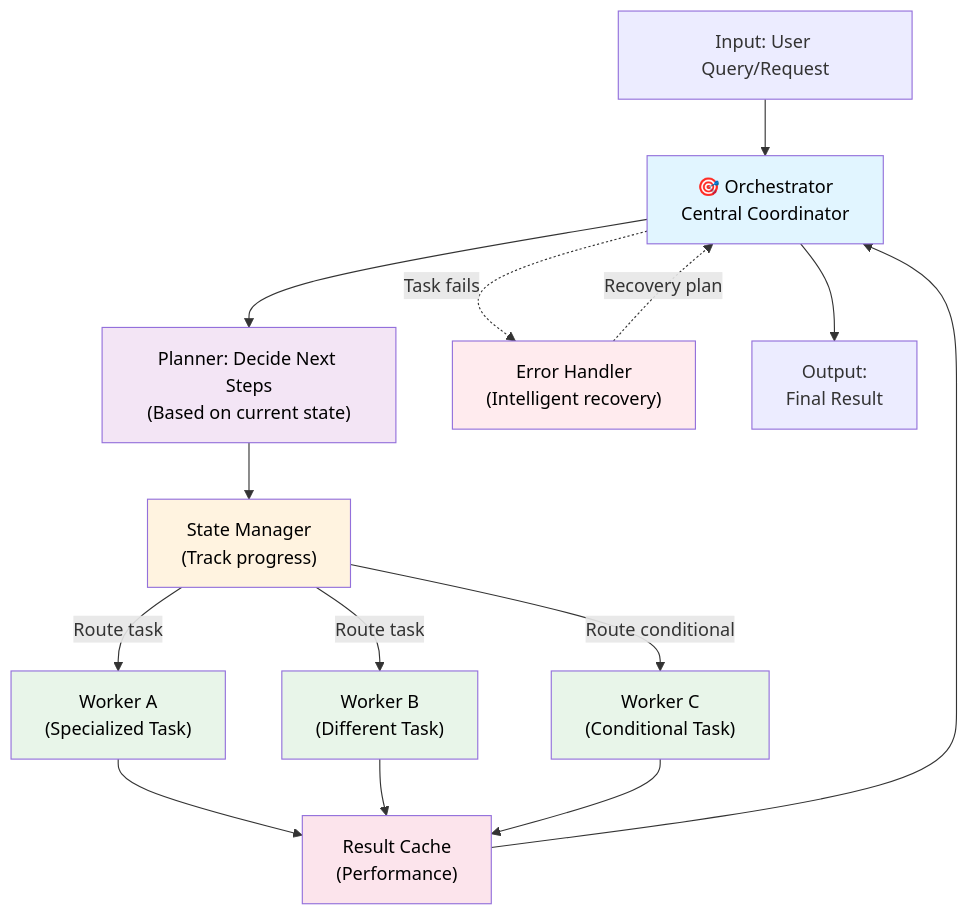
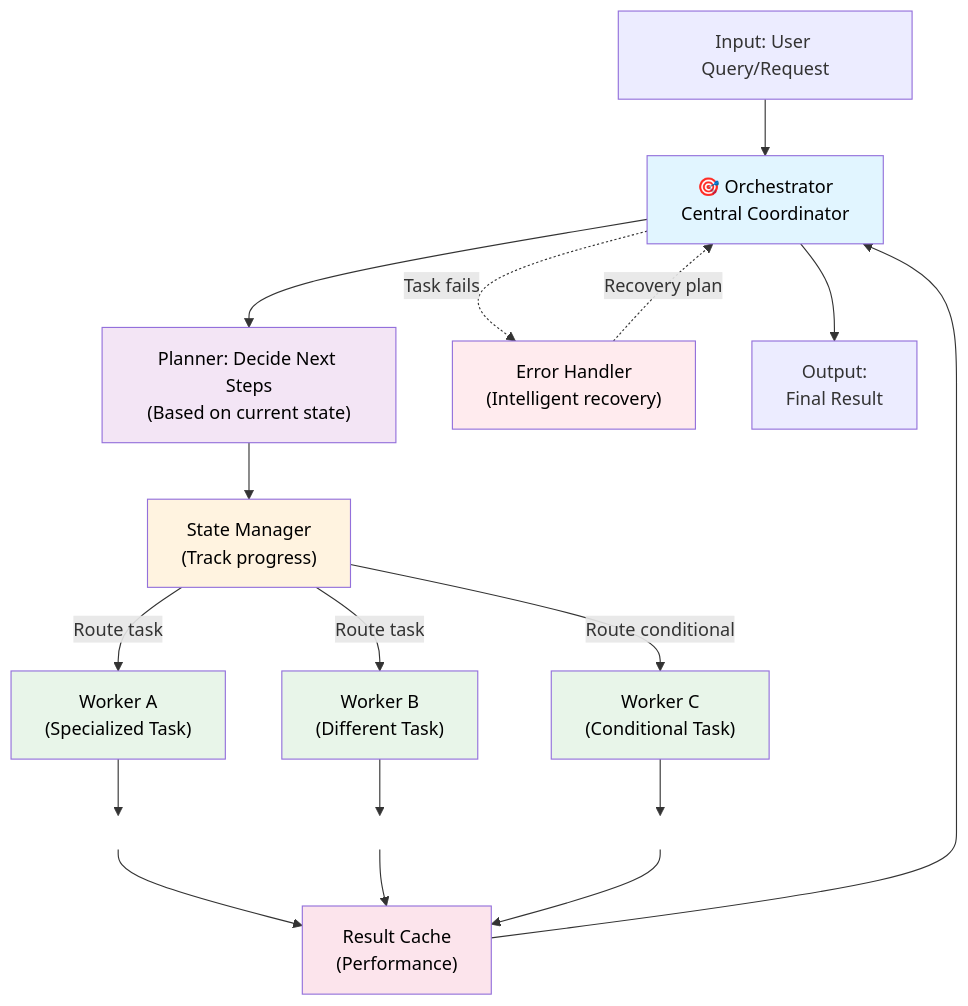
Before and after one commit to falila/ai-agent-engineering-playbook: the diagram in docs/08-orchestrator-workers.md, drawn with Mermaid. The commit also changed 6 other files, not shown here.

Commit message:
fix: improve all diagram connectors to eliminate overlaps

````diff
--- a/docs/08-orchestrator-workers.md
+++ b/docs/08-orchestrator-workers.md
@@ -21,46 +21,54 @@
 ```mermaid
 graph TD
     Input["Input: User Query/Request"]
     
     Orchestrator["🎯 Orchestrator<br/>Central Coordinator"]
     
     PlannerDecide["Planner: Decide Next Steps<br/>(Based on current state)"]
     StateManager["State Manager<br/>(Track progress)"]
     
     Worker1["Worker A<br/>(Specialized Task)"]
     Worker2["Worker B<br/>(Different Task)"]
     Worker3["Worker C<br/>(Conditional Task)"]
     
     ResultCache["Result Cache<br/>(Performance)"]
     ErrorHandler["Error Handler<br/>(Intelligent recovery)"]
     
     Output["Output:<br/>Final Result"]
     
     Input --> Orchestrator
     Orchestrator --> PlannerDecide
     PlannerDecide --> StateManager
     
     StateManager --> |"Route task"| Worker1
     StateManager --> |"Route task"| Worker2
     StateManager --> |"Route conditional"| Worker3
     
-    Worker1 --> ResultCache
-    Worker2 --> ResultCache
-    Worker3 --> ResultCache
+    Worker1 --> C1[" "]
+    Worker2 --> C2[" "]
+    Worker3 --> C3[" "]
+    
+    C1 --> ResultCache
+    C2 --> ResultCache
+    C3 --> ResultCache
     
     ResultCache --> Orchestrator
     
     Orchestrator -.->|"Task fails"| ErrorHandler
     ErrorHandler -.->|"Recovery plan"| Orchestrator
     
     Orchestrator --> Output
+    
+    style C1 fill:none,stroke:none
+    style C2 fill:none,stroke:none
+    style C3 fill:none,stroke:none
     
     style Orchestrator fill:#e1f5ff,color:#000000
     style PlannerDecide fill:#f3e5f5,color:#000000
     style StateManager fill:#fff3e0,color:#000000
     style Worker1 fill:#e8f5e9,color:#000000
     style Worker2 fill:#e8f5e9,color:#000000
     style Worker3 fill:#e8f5e9,color:#000000
     style ResultCache fill:#fce4ec,color:#000000
     style ErrorHandler fill:#ffebee,color:#000000
 ```
````
